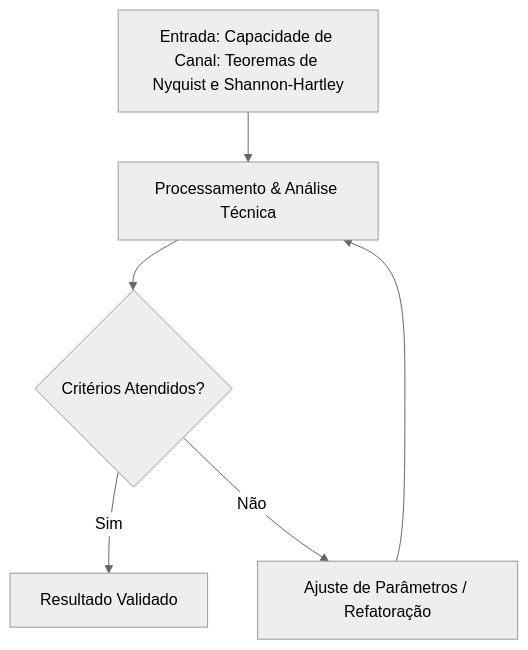
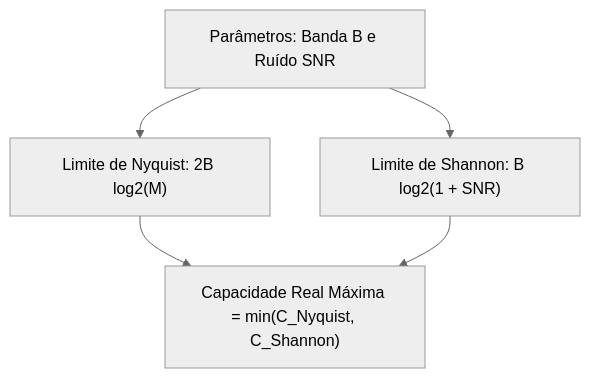
Before and after one commit to pedroiff0/page: the diagram in content/pt-br/resource/Engenharia de Computação/6-periodo/comunicacao-de-dados/anotacoes/aula-03-capacidade-de-canal-teoremas-de-nyquist-e-shannon-hartley.md, drawn with Mermaid (neutral theme). The commit also changed other lines of this file and 826 other files, not shown here.

````diff
--- a/content/pt-br/resource/Engenharia de Computação/6-periodo/comunicacao-de-dados/anotacoes/aula-03-capacidade-de-canal-teoremas-de-nyquist-e-shannon-hartley.md
+++ b/content/pt-br/resource/Engenharia de Computação/6-periodo/comunicacao-de-dados/anotacoes/aula-03-capacidade-de-canal-teoremas-de-nyquist-e-shannon-hartley.md
@@ -74,8 +86,6 @@
 ```mermaid
 flowchart TD
-    A[Entrada: Capacidade de Canal: Teoremas de Nyquist e Shannon-Hartley] --> B[Processamento & Análise Técnica]
-    B --> C{Critérios Atendidos?}
-    C -- Sim --> D[Resultado Validado]
-    C -- Não --> E[Ajuste de Parâmetros / Refatoração]
-    E --> B
+    Canal[Parâmetros: Banda B e Ruído SNR] --> Nyq["Limite de Nyquist: 2B log2(M)"]
+    Canal --> Shan["Limite de Shannon: B log2(1 + SNR)"]
+    Nyq & Shan --> CapMax["Capacidade Real Máxima = min(C_Nyquist, C_Shannon)"]
 ```
````
